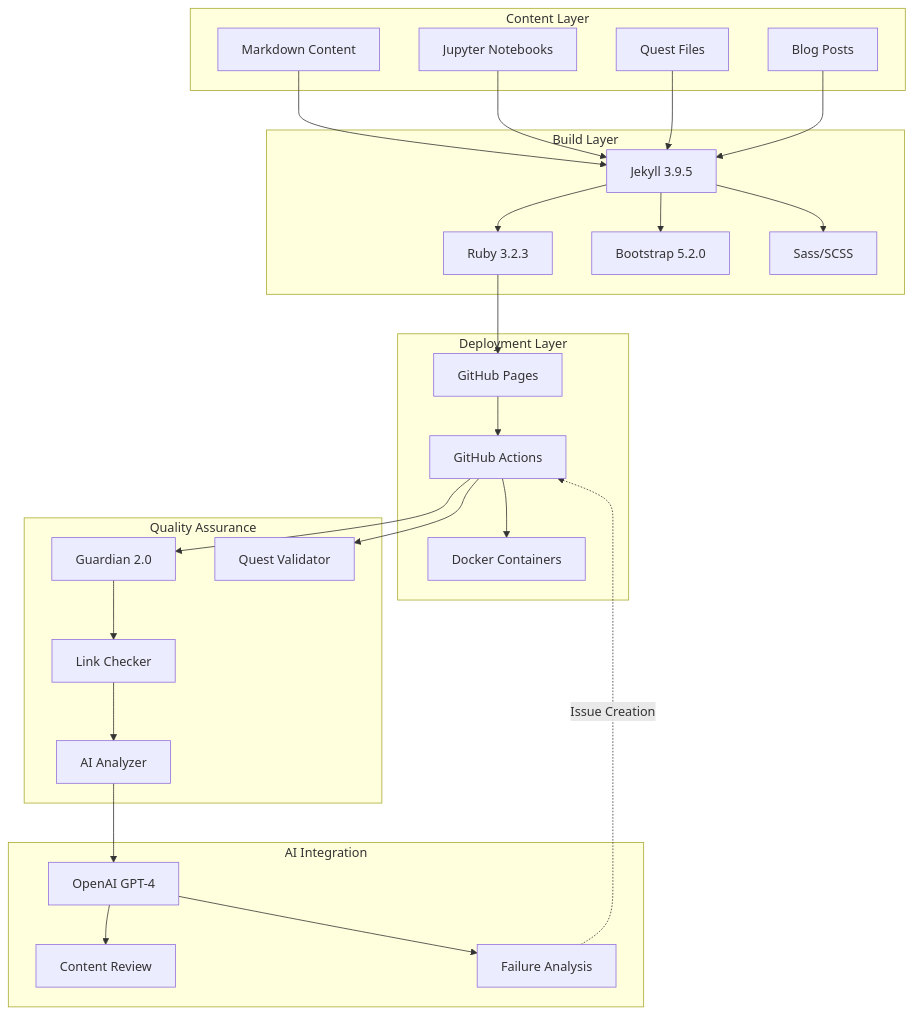
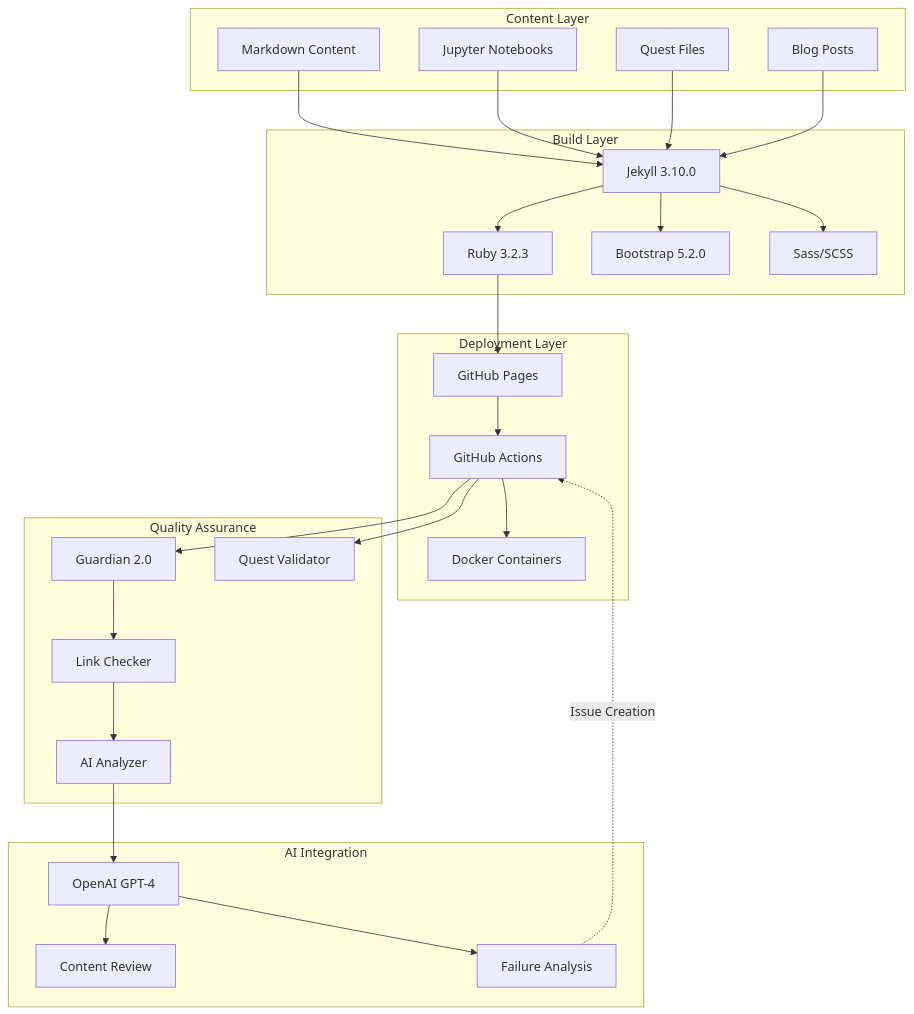
The diagram in docs/it-journey/pages/_quests/0001/it-journey-stack-analysis.md (bamr87/README), drawn with Mermaid before and after one commit. The commit also changed other lines of this file and 296 other files, not shown here.

````diff
--- a/docs/it-journey/pages/_quests/0001/it-journey-stack-analysis.md
+++ b/docs/it-journey/pages/_quests/0001/it-journey-stack-analysis.md
@@ -141,59 +141,59 @@
 ```mermaid
 graph TB
     subgraph "Content Layer"
         MD[Markdown Content]
         NB[Jupyter Notebooks]
         QST[Quest Files]
         POST[Blog Posts]
     end
     
     subgraph "Build Layer"
-        JK[Jekyll 3.9.5]
+        JK[Jekyll 3.10.0]
         RB[Ruby 3.2.3]
         BS[Bootstrap 5.2.0]
         SASS[Sass/SCSS]
     end
     
     subgraph "Deployment Layer"
         GHP[GitHub Pages]
         GHACT[GitHub Actions]
         DOC[Docker Containers]
     end
     
     subgraph "Quality Assurance"
         GUARD[Guardian 2.0]
         QUEST_VAL[Quest Validator]
         LINK_CHK[Link Checker]
         AI_ANA[AI Analyzer]
     end
     
     subgraph "AI Integration"
         OPENAI[OpenAI GPT-4]
         AI_CONTENT[Content Review]
         AI_FAIL[Failure Analysis]
     end
     
     MD --> JK
     NB --> JK
     QST --> JK
     POST --> JK
     
     JK --> RB
     JK --> BS
     JK --> SASS
     
     RB --> GHP
     GHP --> GHACT
     GHACT --> DOC
     
     GHACT --> GUARD
     GHACT --> QUEST_VAL
     GUARD --> LINK_CHK
     LINK_CHK --> AI_ANA
     
     AI_ANA --> OPENAI
     OPENAI --> AI_CONTENT
     OPENAI --> AI_FAIL
     
     AI_FAIL -.Issue Creation.-> GHACT
 ```
````
